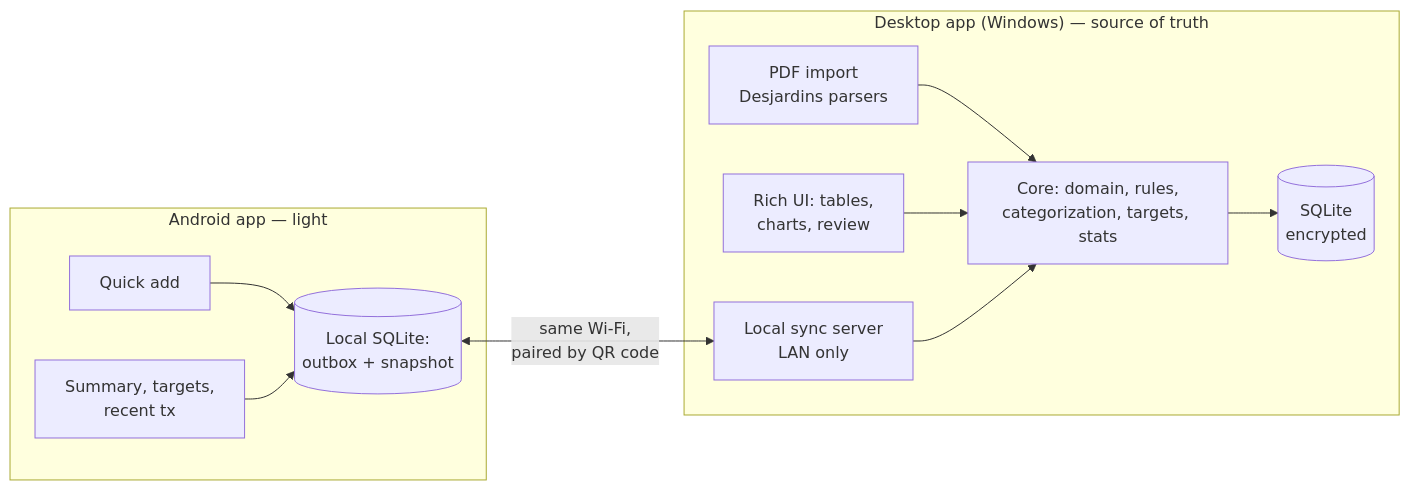
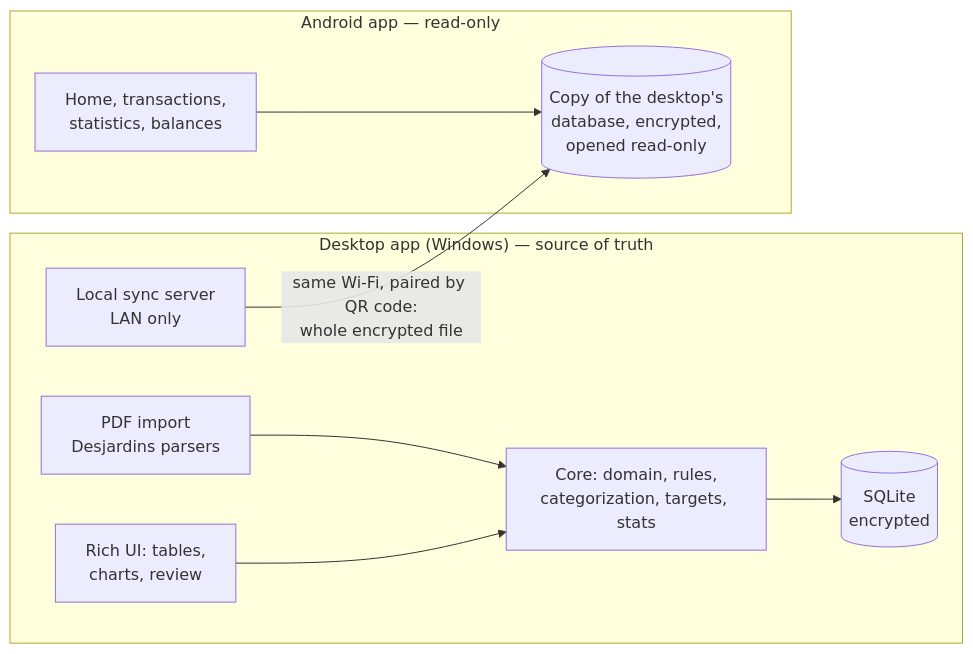
One commit to Laclaverie/expense-tracker changed the diagram in docs/09-tech-choices.md. Above: the diagram before and after it, drawn with Mermaid. The commit also changed other lines of this file and 23 other files, not shown here.

First line of the commit message:
docs: mobile app, pairing and sync

````diff
--- a/docs/09-tech-choices.md
+++ b/docs/09-tech-choices.md
@@ -33,15 +35,13 @@
 ```mermaid
 flowchart LR
     subgraph Desktop["Desktop app (Windows) — source of truth"]
         IMP[PDF import<br/>Desjardins parsers] --> CORE
         CORE[Core: domain, rules,<br/>categorization, targets, stats] --> DB[(SQLite<br/>encrypted)]
         UI[Rich UI: tables,<br/>charts, review] --> CORE
         SYNC[Local sync server<br/>LAN only]
     end
-    subgraph Phone["Android app — light"]
-        Q[Quick add] --> OUT[(Local SQLite:<br/>outbox + snapshot)]
-        S[Summary, targets,<br/>recent tx] --> OUT
+    subgraph Phone["Android app — read-only"]
+        S[Home, transactions,<br/>statistics, balances] --> COPY[(Copy of the desktop's<br/>database, encrypted,<br/>opened read-only)]
     end
-    OUT <-- "same Wi-Fi,<br/>paired by QR code" --> SYNC
-    SYNC --> CORE
+    SYNC -- "same Wi-Fi, paired by QR code:<br/>whole encrypted file" --> COPY
 ```
````
